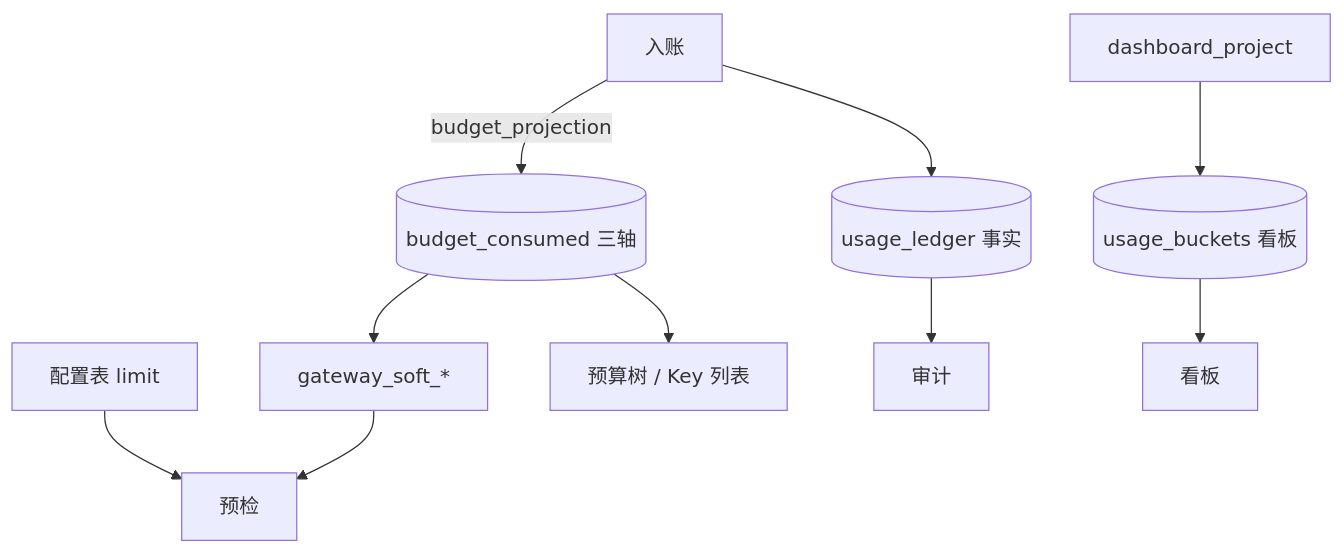
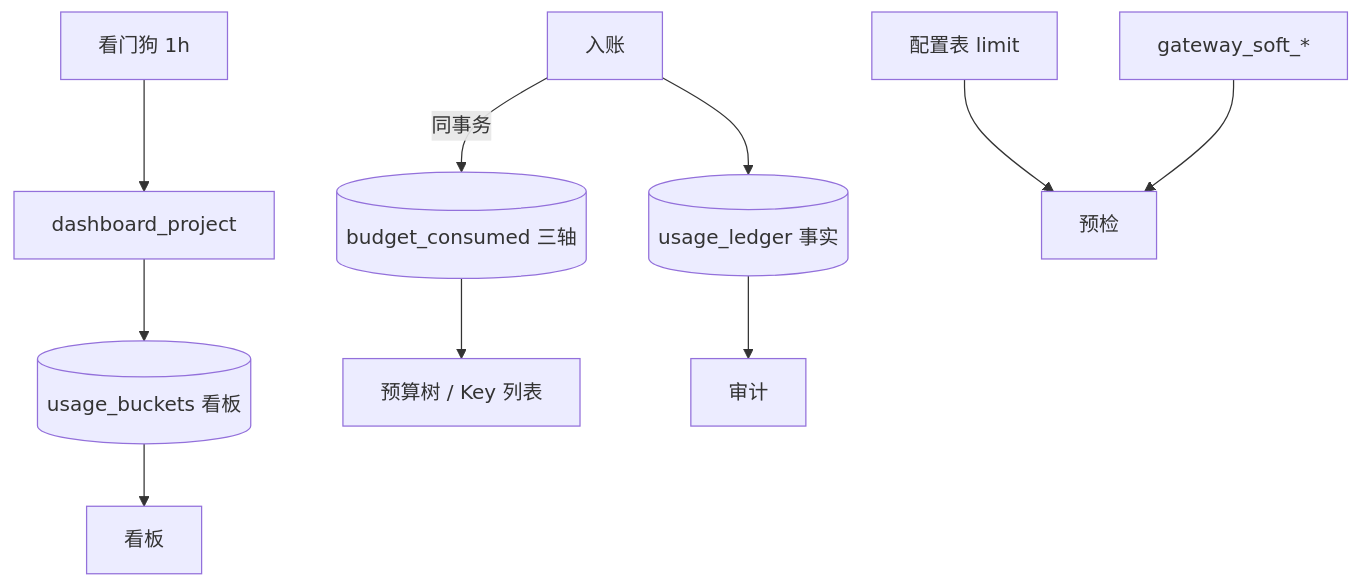
One commit to quyip8818/mytokenjoy changed the sixth of 10 diagrams in docs/Backend-预算.md. Above: the diagram before and after it, drawn with Mermaid. The commit also changed other lines of this file and 17 other files, not shown here.

````diff
--- a/docs/Backend-预算.md
+++ b/docs/Backend-预算.md
@@ -264,18 +264,17 @@
 ```mermaid
 flowchart TB
   UL[(usage_ledger 事实)]
   BS[(budget_consumed 三轴)]
   GS[gateway_soft_*]
   UB[(usage_buckets 看板)]
   CFG[配置表 limit]
 
   ING[入账] --> UL
-  ING -->|budget_projection| BS
-  BS --> GS
-  PER[dashboard_project] --> UB
+  ING -->|同事务| BS
+  WD[看门狗 1h] --> DP[dashboard_project] --> UB
   CFG --> GW[预检]
   GS --> GW
   BS --> UI[预算树 / Key 列表]
   UL --> AUD[审计]
   UB --> DASH[看板]
 ```
````
